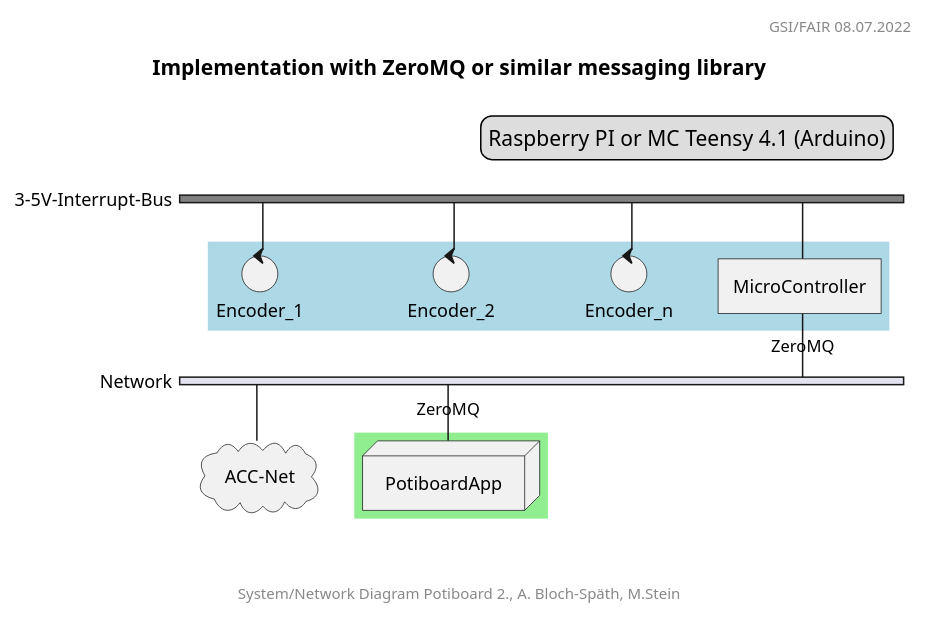
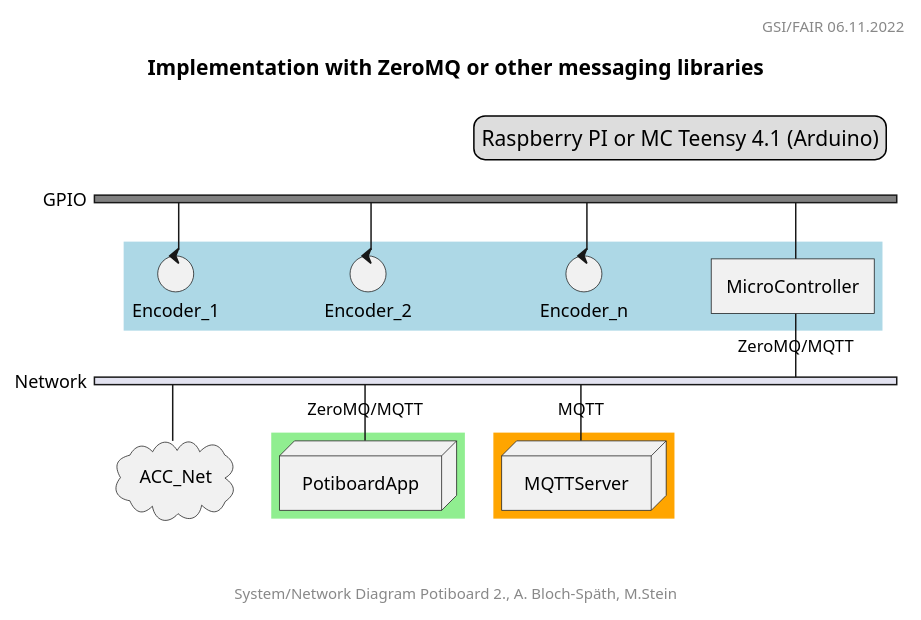
One commit to steinmartin/encoder-positions-docs changed the diagram in plantuml/potiboard_network_02.puml. Above: the diagram before and after it, drawn with PlantUML. The commit also changed 22 other files, not shown here.

Commit message:
Imterdiate version with new diagrams

```diff
--- a/plantuml/potiboard_network_02.puml
+++ b/plantuml/potiboard_network_02.puml
@@ -1,38 +1,43 @@
 @startuml
 
-header GSI/FAIR 08.07.2022
+header GSI/FAIR 06.11.2022
 footer System/Network Diagram Potiboard 2., A. Bloch-Späth, M.Stein
-title Implementation with ZeroMQ or similar messaging library
+title Implementation with ZeroMQ or other messaging libraries
 
  legend top right
    Raspberry PI or MC Teensy 4.1 (Arduino)
  endlegend
 
 nwdiag {
-  network 3-5V-Interrupt-Bus {
+  network GPIO {
     group {
       color = "lightblue";
        Encoder_1;
        Encoder_2;
        Encoder_n;
        MicroController;
     }
 
     color = "gray"
     Encoder_1 [shape = control];
     Encoder_2 [shape = control];
     Encoder_n [shape = control];
     MicroController [shape = component];
   }
 
   network Network {
-    ACC-Net [shape = cloud];
-    PotiboardApp [shape = node, address = ZeroMQ];
-    MicroController [address = ZeroMQ];
     group {
       color = "lightgreen";
       PotiboardApp;
     }
+    group {
+      color = "orange";
+      MQTTServer;
+    }
+  ACC_Net [shape = cloud];
+      PotiboardApp [shape = node, address = ZeroMQ/MQTT];
+      MQTTServer [shape = node, address = MQTT];
+      MicroController [address = ZeroMQ/MQTT];
   }
 }
 @enduml
```
